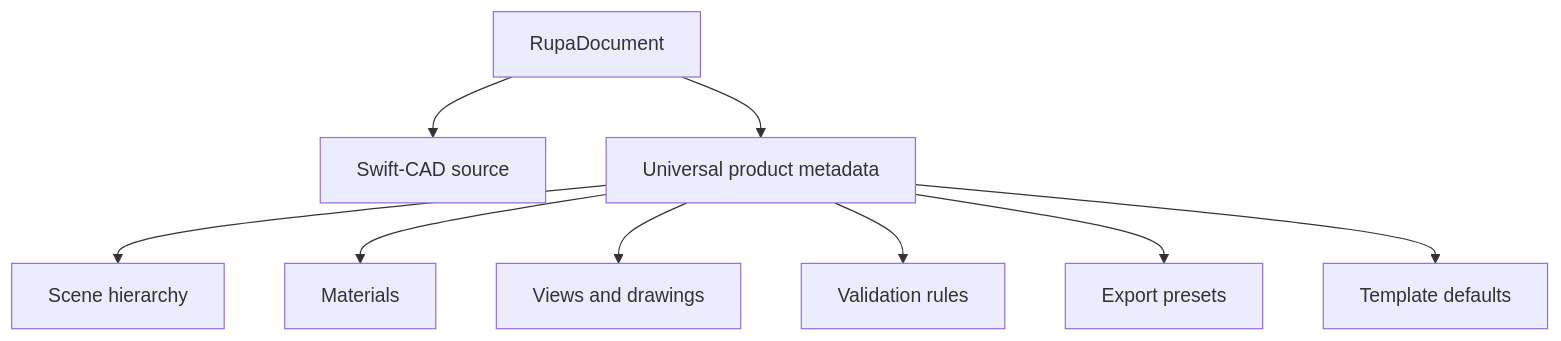
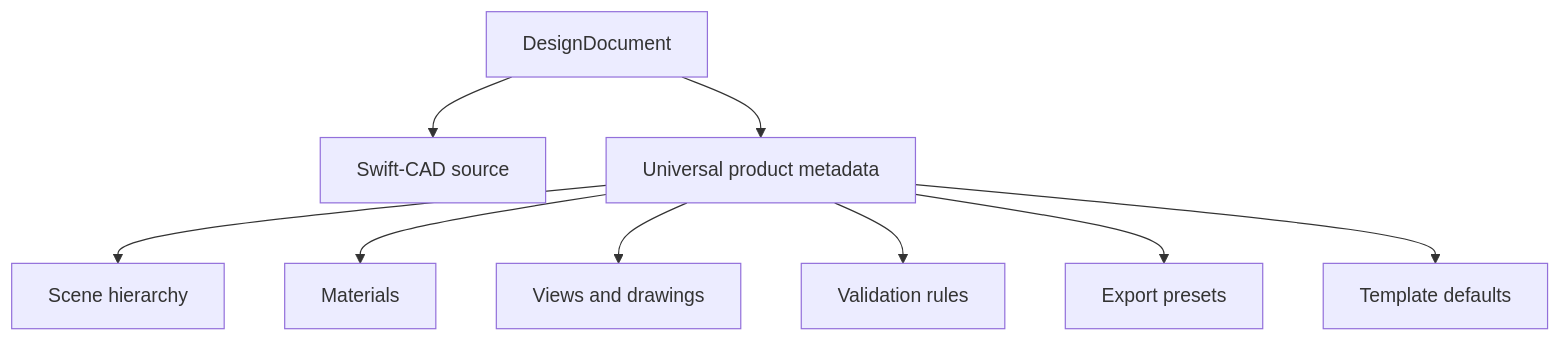
One commit to 1amageek/Rupa changed the third of 5 diagrams in Rupa/PRODUCT_REQUIREMENTS.md. Above: the diagram before and after it, drawn with Mermaid. The commit also changed other lines of this file and 153 other files, not shown here.

````diff
--- a/Rupa/PRODUCT_REQUIREMENTS.md
+++ b/Rupa/PRODUCT_REQUIREMENTS.md
@@ -108,11 +110,11 @@
 ```mermaid
 flowchart TD
-    RupaDoc["RupaDocument"] --> CAD["Swift-CAD source"]
-    RupaDoc --> Product["Universal product metadata"]
+    DesignDoc["DesignDocument"] --> CAD["Swift-CAD source"]
+    DesignDoc --> Product["Universal product metadata"]
     Product --> Scene["Scene hierarchy"]
     Product --> Materials["Materials"]
     Product --> Views["Views and drawings"]
     Product --> Validation["Validation rules"]
     Product --> Exports["Export presets"]
     Product --> Templates["Template defaults"]
 ```
````
